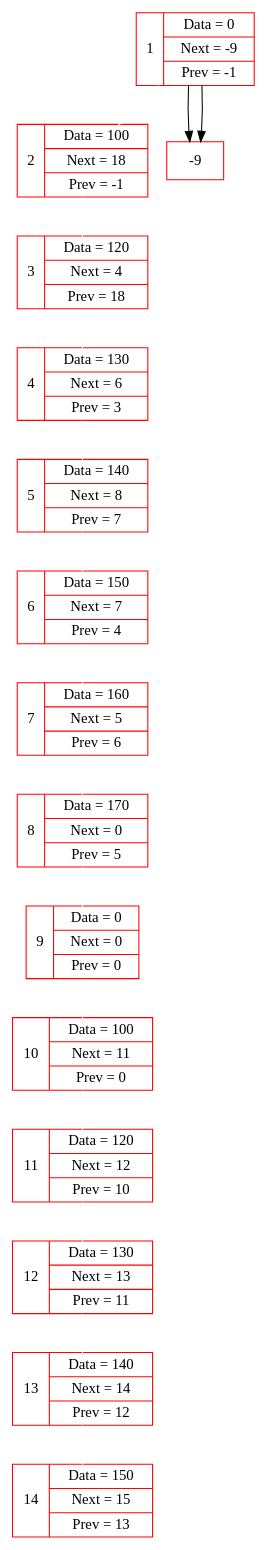
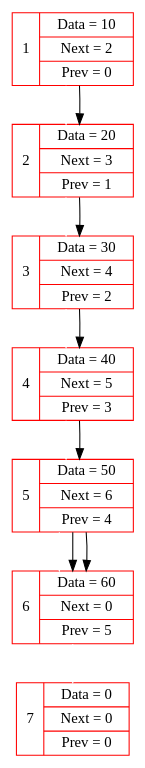
Before and after one commit to vktr-ktzv/My_List: the diagram in example2.dot, drawn with Graphviz. The commit also changed 7 other files, not shown here.

```diff
--- a/example2.dot
+++ b/example2.dot
@@ -1,35 +1,25 @@
 digraph DUMP { 
  node [shape=record, color = "red"]
-;1[label = "{1}|{Data = 0| Next = -9| Prev = -1}"];
-2[label = "{2}|{Data = 100| Next = 18| Prev = -1}"];
-3[label = "{3}|{Data = 120| Next = 4| Prev = 18}"];
-4[label = "{4}|{Data = 130| Next = 6| Prev = 3}"];
-5[label = "{5}|{Data = 140| Next = 8| Prev = 7}"];
-6[label = "{6}|{Data = 150| Next = 7| Prev = 4}"];
-7[label = "{7}|{Data = 160| Next = 5| Prev = 6}"];
-8[label = "{8}|{Data = 170| Next = 0| Prev = 5}"];
-9[label = "{9}|{Data = 0| Next = 0| Prev = 0}"];
-10[label = "{10}|{Data = 100| Next = 11| Prev = 0}"];
-11[label = "{11}|{Data = 120| Next = 12| Prev = 10}"];
-12[label = "{12}|{Data = 130| Next = 13| Prev = 11}"];
-13[label = "{13}|{Data = 140| Next = 14| Prev = 12}"];
-14[label = "{14}|{Data = 150| Next = 15| Prev = 13}"];
+;1[label = "{1}|{Data = 10| Next = 2| Prev = 0}"];
+2[label = "{2}|{Data = 20| Next = 3| Prev = 1}"];
+3[label = "{3}|{Data = 30| Next = 4| Prev = 2}"];
+4[label = "{4}|{Data = 40| Next = 5| Prev = 3}"];
+5[label = "{5}|{Data = 50| Next = 6| Prev = 4}"];
+6[label = "{6}|{Data = 60| Next = 0| Prev = 5}"];
+7[label = "{7}|{Data = 0| Next = 0| Prev = 0}"];
 edge [color="white"]
  1->2; 
  2->3; 
  3->4; 
  4->5; 
  5->6; 
  6->7; 
- 7->8; 
- 8->9; 
- 9->10; 
- 10->11; 
- 11->12; 
- 12->13; 
- 13->14; 
  edge [color="black"]
-1->-9;
-1->-9;
+1->2;
+2->3;
+3->4;
+4->5;
+5->6;
+5->6;
 
 }
```
